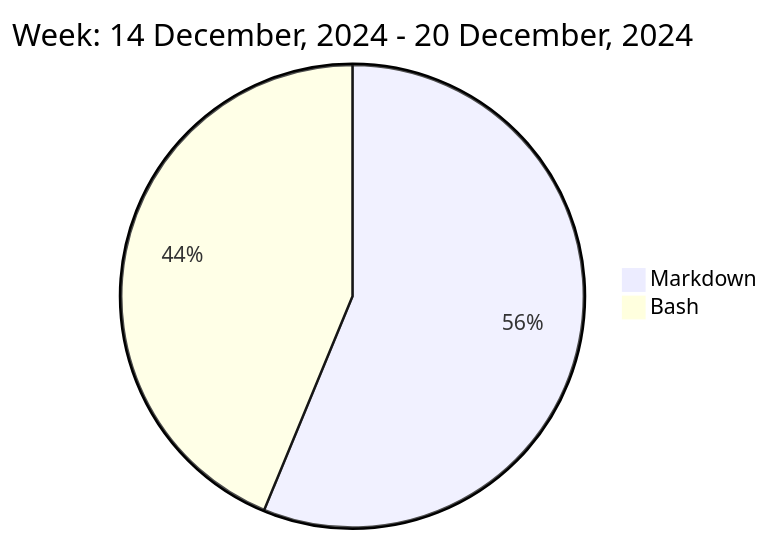
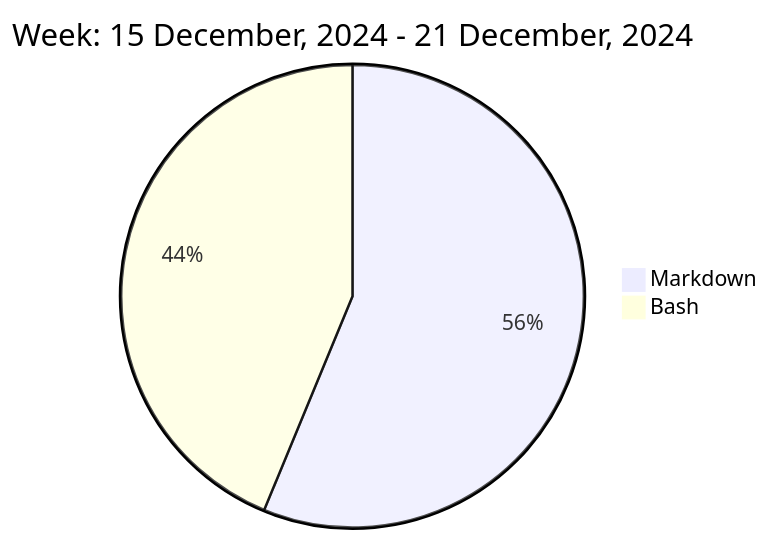
Before and after one commit to liubin95/liubin95: the diagram in README.md, drawn with Mermaid.

Commit message:
Updated the Graph with new Metrics

````diff
--- a/README.md
+++ b/README.md
@@ -37,6 +37,6 @@
 ```mermaid
  pie
-title Week: 14 December, 2024 - 20 December, 2024
+title Week: 15 December, 2024 - 21 December, 2024
  "Markdown" : 3.02
  "Bash" : 2.35
 ```
````
